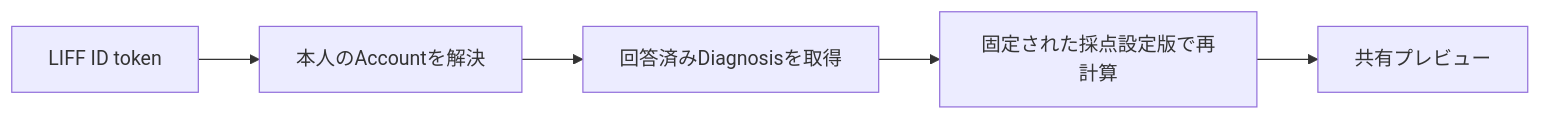
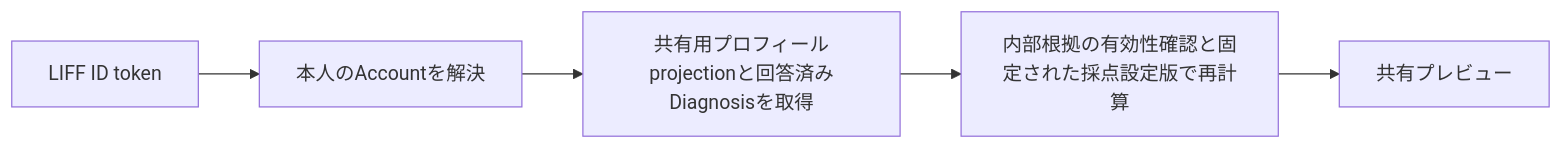
One commit to kkyosuke/me-builder changed the diagram in docs/development/compatibility-api.md. Above: the diagram before and after it, drawn with Mermaid. The commit also changed other lines of this file and 40 other files, not shown here.

````diff
--- a/docs/development/compatibility-api.md
+++ b/docs/development/compatibility-api.md
@@ -25,7 +25,7 @@
 ```mermaid
 flowchart LR
     T[LIFF ID token] --> A[本人のAccountを解決]
-    A --> D[回答済みDiagnosisを取得]
-    D --> S[固定された採点設定版で再計算]
+    A --> D[共有用プロフィールprojectionと回答済みDiagnosisを取得]
+    D --> S[内部根拠の有効性確認と固定された採点設定版で再計算]
     S --> P[共有プレビュー]
 ```
````
